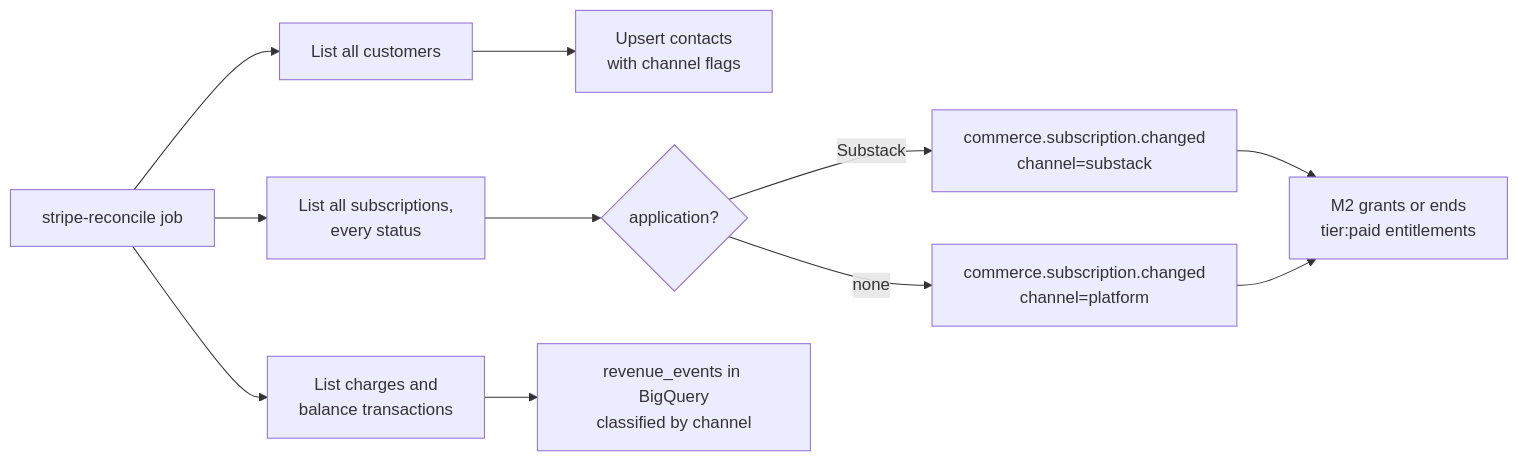
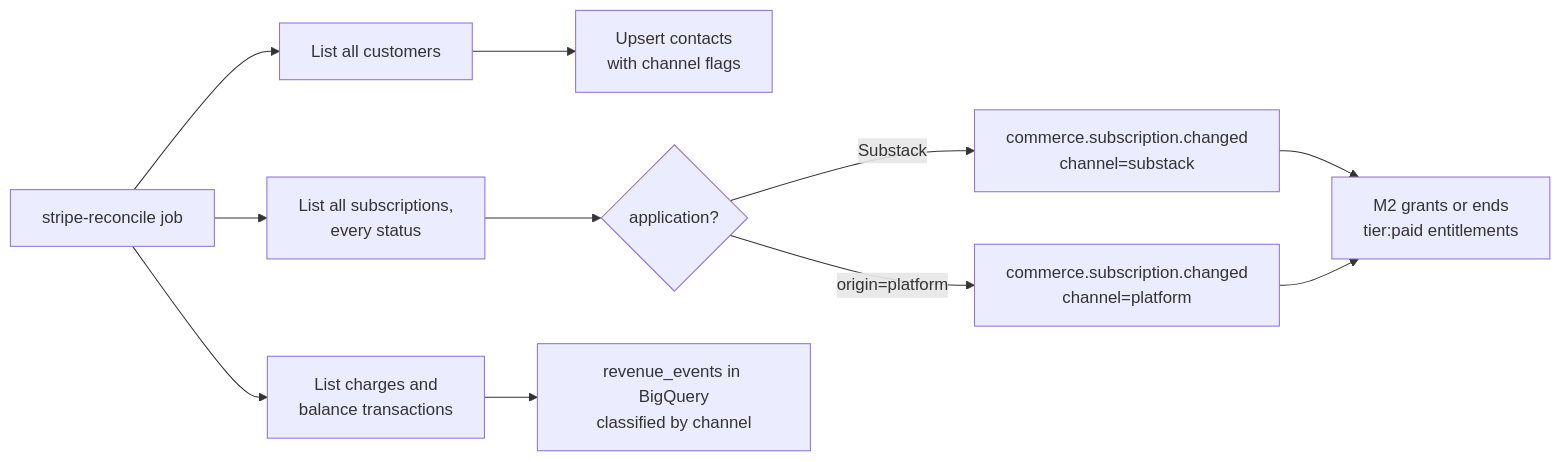
The first of 3 diagrams in docs/architecture/03-commerce-and-revenue.md (elenaokhonko-eng/audhd-research-platform), drawn with Mermaid before and after one commit. The commit also changed other lines of this file and 21 other files, not shown here.

First line of the commit message:
Architecture v4: fixes from two independent reviews

````diff
--- a/docs/architecture/03-commerce-and-revenue.md
+++ b/docs/architecture/03-commerce-and-revenue.md
@@ -30,13 +30,13 @@
 ```mermaid
 flowchart LR
   A[stripe-reconcile job] --> B[List all customers]
   A --> C[List all subscriptions,<br/>every status]
   A --> D[List charges and<br/>balance transactions]
   B --> E[Upsert contacts<br/>with channel flags]
   C --> F{application?}
   F -->|Substack| G[commerce.subscription.changed<br/>channel=substack]
-  F -->|none| H[commerce.subscription.changed<br/>channel=platform]
+  F -->|origin=platform| H[commerce.subscription.changed<br/>channel=platform]
   D --> I[revenue_events in BigQuery<br/>classified by channel]
   G --> J[M2 grants or ends<br/>tier:paid entitlements]
   H --> J
 ```
````
